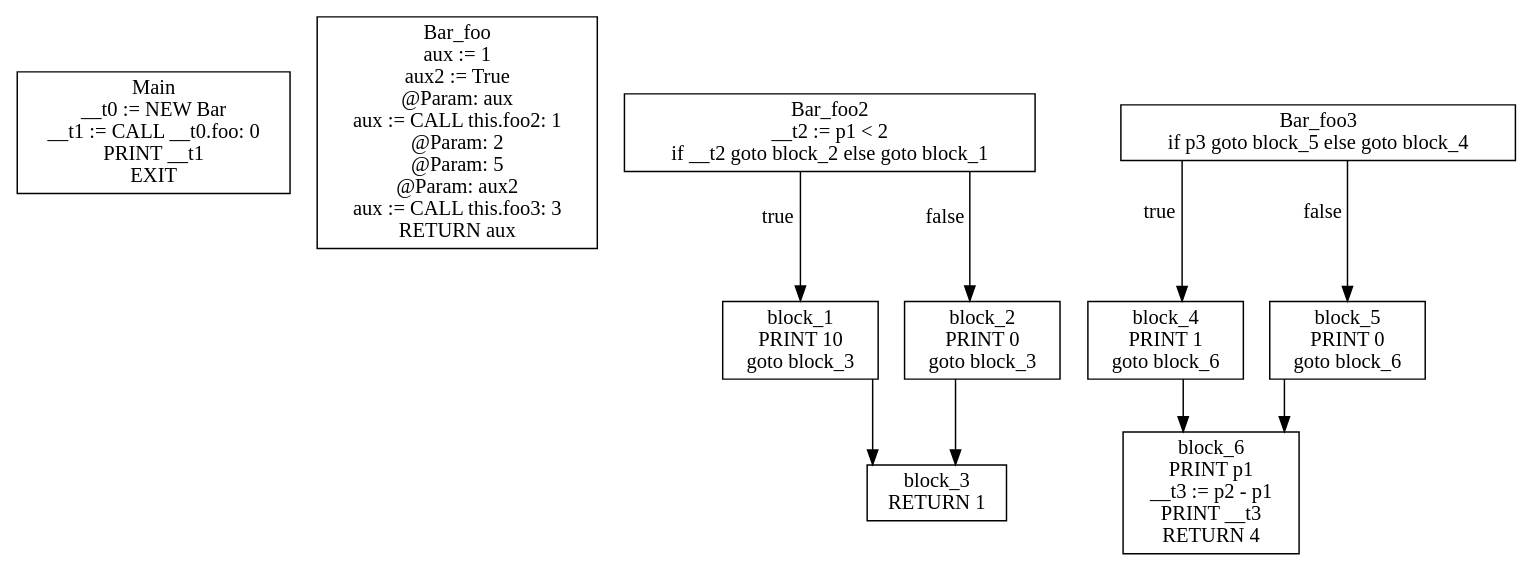
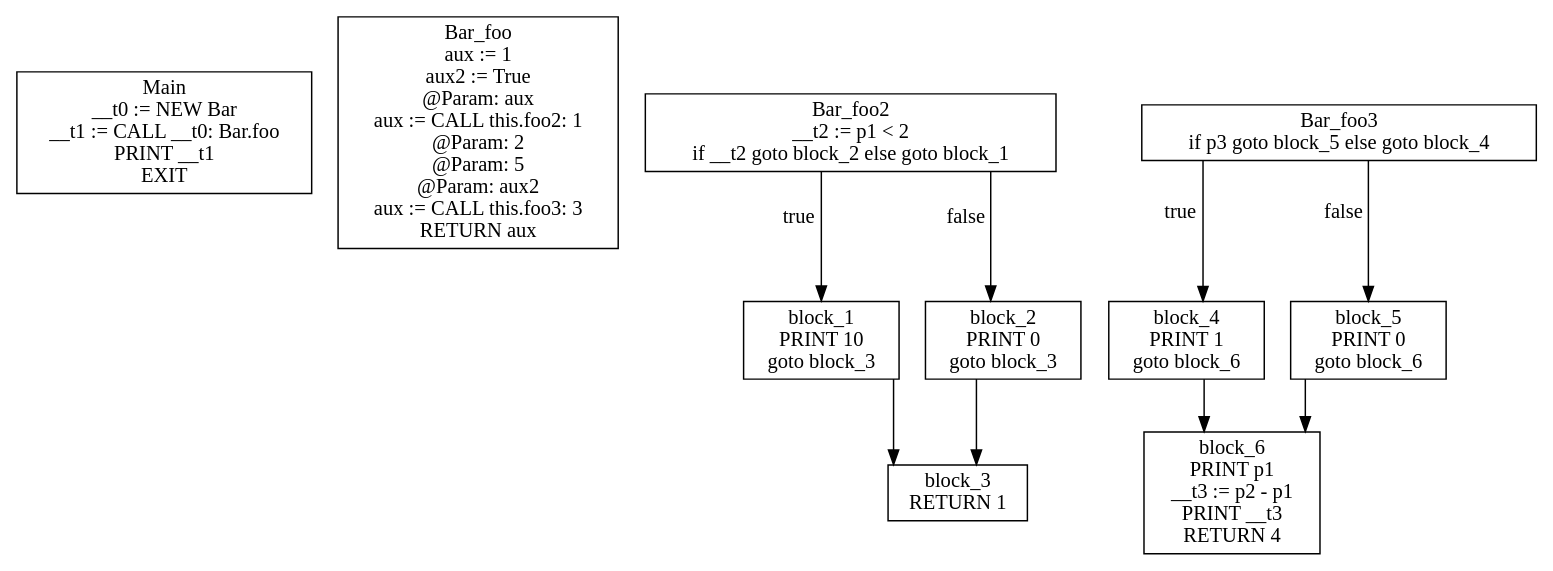
The diagram in assignment_1/getting_started/cfg.dot (AIlhomov/Flex), drawn with Graphviz before and after one commit. The commit also changed 11 other files, not shown here.

```diff
--- a/assignment_1/getting_started/cfg.dot
+++ b/assignment_1/getting_started/cfg.dot
@@ -1,22 +1,22 @@
 digraph CFG {
 graph [splines=ortho];
 node [shape=box];
-Main [label="Main\n__t0 := NEW Bar\n__t1 := CALL __t0.foo: 0\nPRINT __t1\nEXIT\n"];
+Main [label="Main\n__t0 := NEW Bar\n__t1 := CALL __t0: Bar.foo\nPRINT __t1\nEXIT\n"];
 Bar_foo [label="Bar_foo\naux := 1\naux2 := True\n @Param: aux\naux := CALL this.foo2: 1\n @Param: 2\n @Param: 5\n @Param: aux2\naux := CALL this.foo3: 3\nRETURN aux\n"];
 Bar_foo2 -> block_1 [xlabel="true"];
 Bar_foo2 -> block_2 [xlabel="false"];
 Bar_foo2 [label="Bar_foo2\n__t2 := p1 < 2\nif __t2 goto block_2 else goto block_1\n"];
 block_1 -> block_3;
 block_1 [label="block_1\nPRINT 10\ngoto block_3\n"];
 block_2 -> block_3;
 block_2 [label="block_2\nPRINT 0\ngoto block_3\n"];
 block_3 [label="block_3\nRETURN 1\n"];
 Bar_foo3 -> block_4 [xlabel="true"];
 Bar_foo3 -> block_5 [xlabel="false"];
 Bar_foo3 [label="Bar_foo3\nif p3 goto block_5 else goto block_4\n"];
 block_4 -> block_6;
 block_4 [label="block_4\nPRINT 1\ngoto block_6\n"];
 block_5 -> block_6;
 block_5 [label="block_5\nPRINT 0\ngoto block_6\n"];
 block_6 [label="block_6\nPRINT p1\n__t3 := p2 - p1\nPRINT __t3\nRETURN 4\n"];
 }
```
